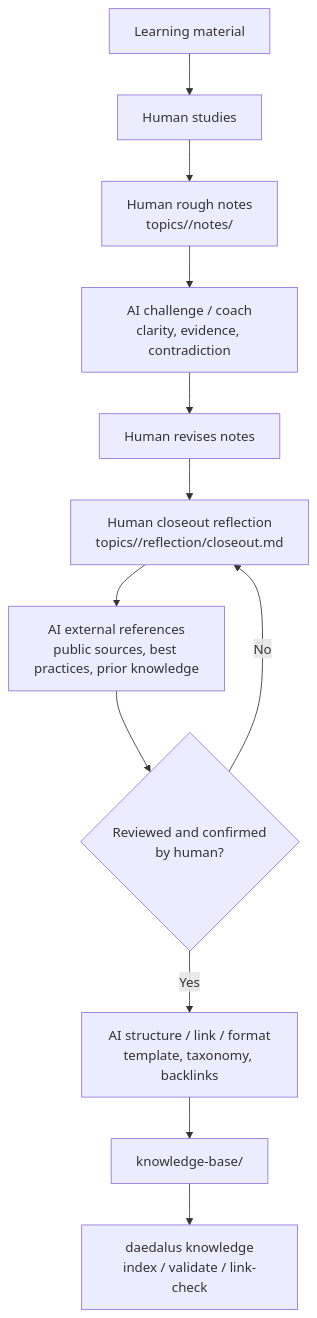
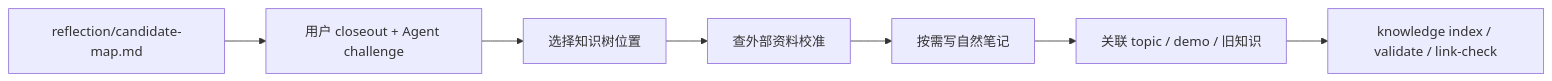
Before and after one commit to hedon954/daedalus: the diagram in knowledge-base/README.md, drawn with Mermaid. The commit also changed other lines of this file and 50 other files, not shown here.

````diff
--- a/knowledge-base/README.md
+++ b/knowledge-base/README.md
@@ -9,14 +35,9 @@
 ```mermaid
-flowchart TD
-    Material["Learning material"] --> Study["Human studies"]
-    Study --> Notes["Human rough notes<br/>topics/<topic>/notes/"]
-    Notes --> Challenge["AI challenge / coach<br/>clarity, evidence, contradiction"]
-    Challenge --> Revise["Human revises notes"]
-    Revise --> Closeout["Human closeout reflection<br/>topics/<topic>/reflection/closeout.md"]
-    Closeout --> Compare["AI external references<br/>public sources, best practices, prior knowledge"]
-    Compare --> Gate{"Reviewed and confirmed<br/>by human?"}
-    Gate -->|No| Closeout
-    Gate -->|Yes| Structure["AI structure / link / format<br/>template, taxonomy, backlinks"]
-    Structure --> KB["knowledge-base/"]
-    KB --> Validate["daedalus knowledge<br/>index / validate / link-check"]
+flowchart LR
+    Candidate["reflection/candidate-map.md"] --> Review["用户 closeout + Agent challenge"]
+    Review --> Route["选择知识树位置"]
+    Route --> Research["查外部资料校准"]
+    Research --> Write["按需写自然笔记"]
+    Write --> Link["关联 topic / demo / 旧知识"]
+    Link --> Validate["knowledge index / validate / link-check"]
 ```
````
